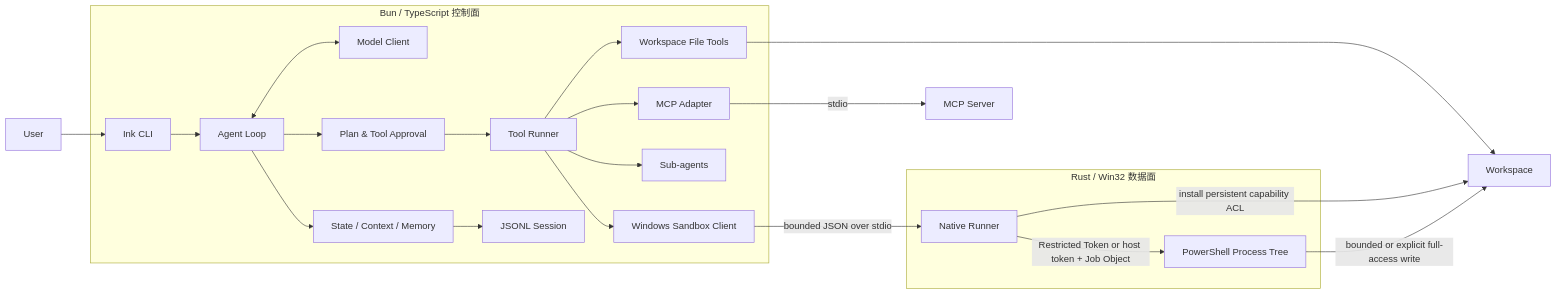
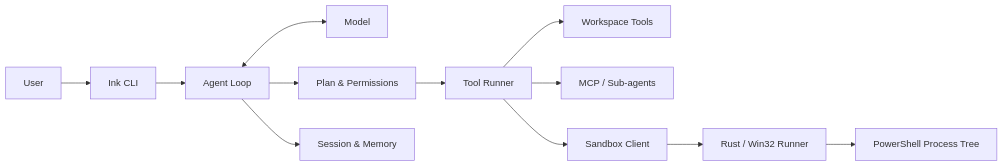
Before and after one commit to asdukw/coding-agent-lab: the diagram in README.md, drawn with Mermaid. The commit also changed other lines of this file and 7 other files, not shown here.

````diff
--- a/README.md
+++ b/README.md
@@ -116,27 +57,14 @@
 ```mermaid
 flowchart LR
     User[User] --> UI[Ink CLI]
-
-    subgraph Control["Bun / TypeScript 控制面"]
-        UI --> Loop[Agent Loop]
-        Loop <--> Model[Model Client]
-        Loop --> Policy[Plan & Tool Approval]
-        Policy --> Tools[Tool Runner]
-        Loop --> State[State / Context / Memory]
-        State --> Session[JSONL Session]
-        Tools --> Files[Workspace File Tools]
-        Tools --> MCPAdapter[MCP Adapter]
-        Tools --> Agents[Sub-agents]
-        Tools --> Client[Windows Sandbox Client]
-    end
-
-    subgraph Native["Rust / Win32 数据面"]
-        Client -->|bounded JSON over stdio| Runner[Native Runner]
-        Runner -->|Restricted Token or host token + Job Object| PowerShell[PowerShell Process Tree]
-    end
-
-    MCPAdapter -->|stdio| MCP[MCP Server]
-    Files --> Workspace[Workspace]
-    Runner -->|install persistent capability ACL| Workspace
-    PowerShell -->|bounded or explicit full-access write| Workspace
+    UI --> Loop[Agent Loop]
+    Loop <--> Model[Model]
+    Loop --> Policy[Plan & Permissions]
+    Policy --> Tools[Tool Runner]
+    Loop --> State[Session & Memory]
+    Tools --> Files[Workspace Tools]
+    Tools --> MCP[MCP / Sub-agents]
+    Tools --> Client[Sandbox Client]
+    Client --> Runner[Rust / Win32 Runner]
+    Runner --> Shell[PowerShell Process Tree]
 ```
````
